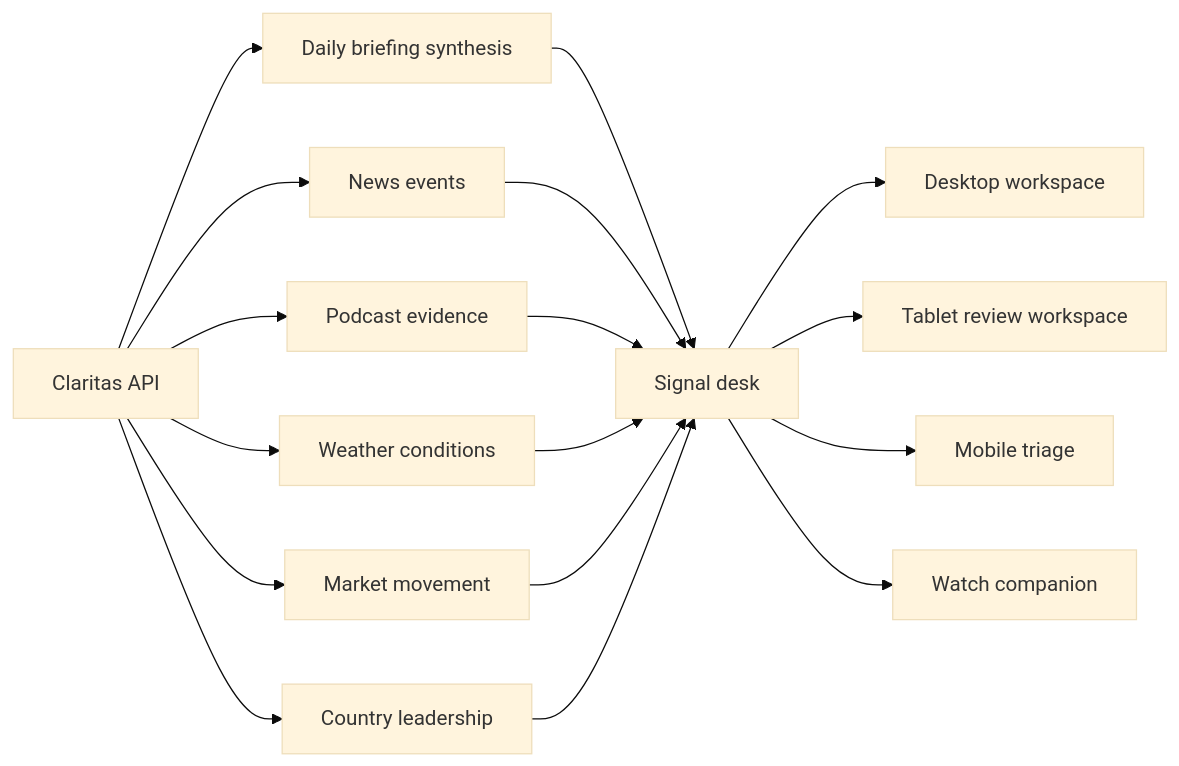
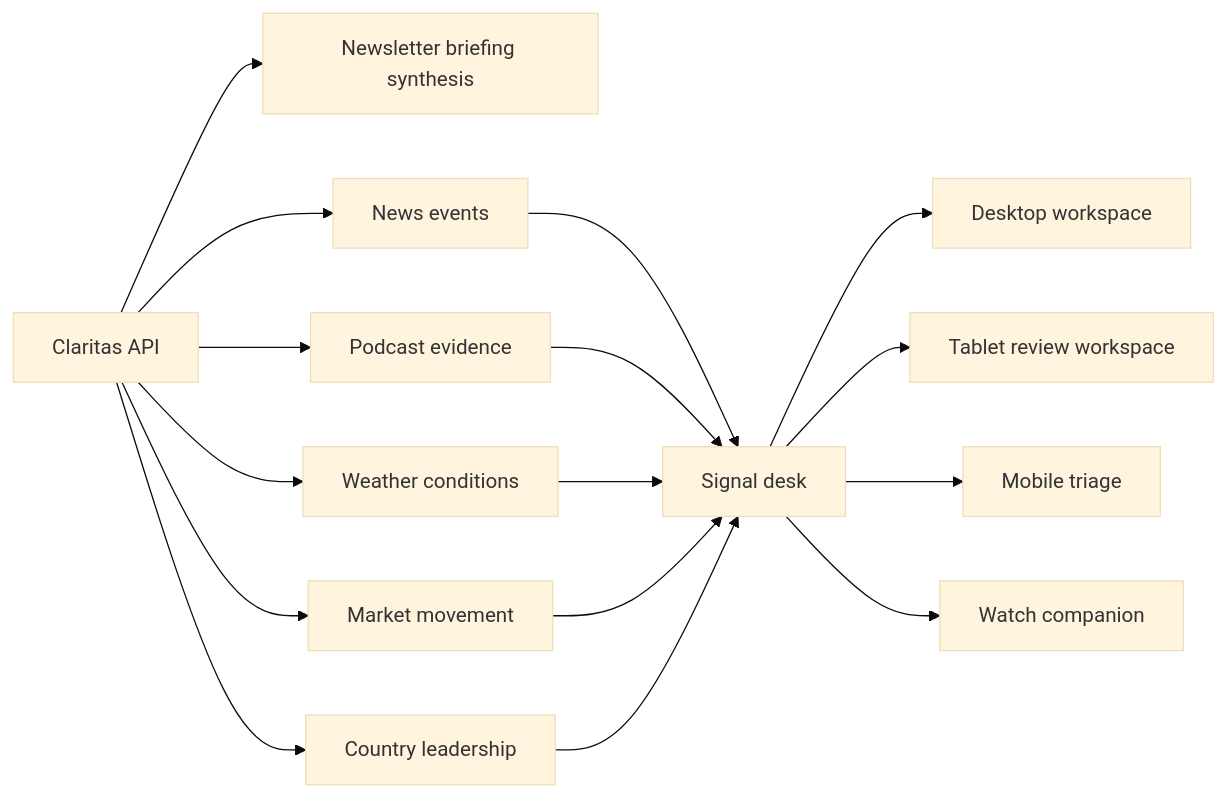
The first of 2 diagrams in docs/architecture/cross-device-design.md (eojgroup/claritas), drawn with Mermaid (base theme) before and after one commit. The commit also changed other lines of this file and 15 other files, not shown here.

````diff
--- a/docs/architecture/cross-device-design.md
+++ b/docs/architecture/cross-device-design.md
@@ -20,21 +20,20 @@
 ```mermaid
 flowchart LR
-  API[Claritas API] --> Brief[Daily briefing synthesis]
+  API[Claritas API] --> Brief[Newsletter briefing synthesis]
   API --> News[News events]
   API --> Podcasts[Podcast evidence]
   API --> Weather[Weather conditions]
   API --> Markets[Market movement]
   API --> Leadership[Country leadership]
 
-  Brief --> Desk[Signal desk]
-  News --> Desk
+  News --> Desk[Signal desk]
   Podcasts --> Desk
   Weather --> Desk
   Markets --> Desk
   Leadership --> Desk
 
   Desk --> Web[Desktop workspace]
   Desk --> Pad[Tablet review workspace]
   Desk --> Phone[Mobile triage]
   Desk --> Watch[Watch companion]
 ```
````
